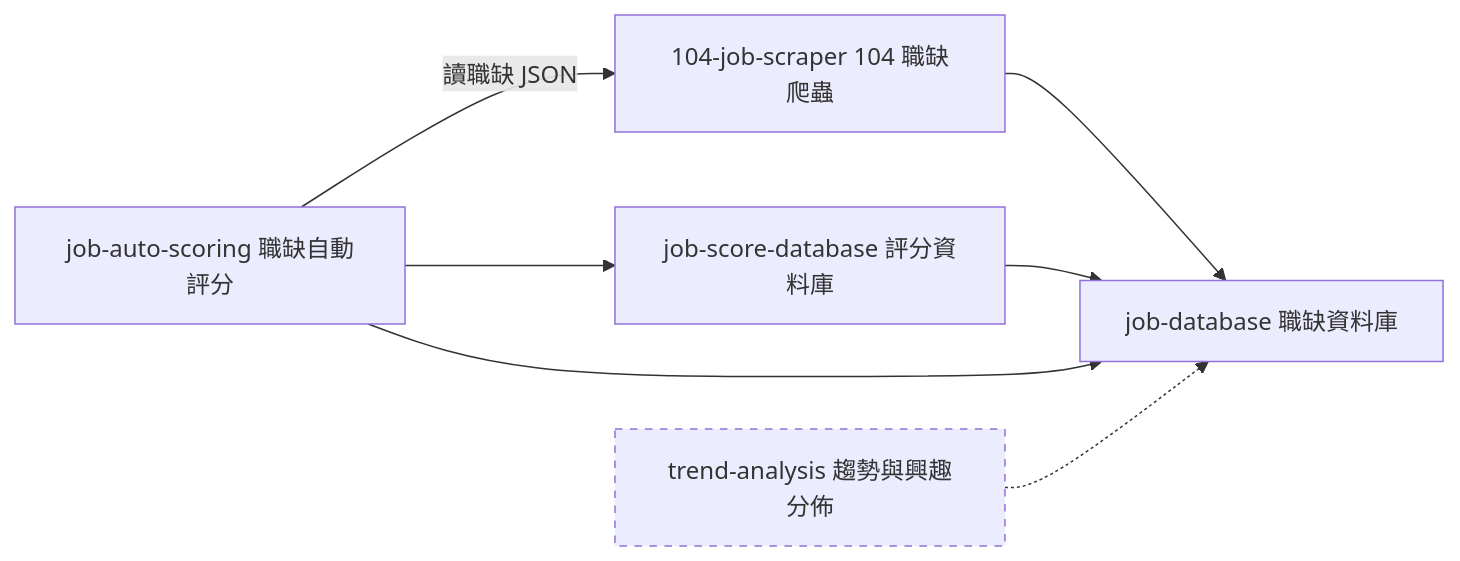
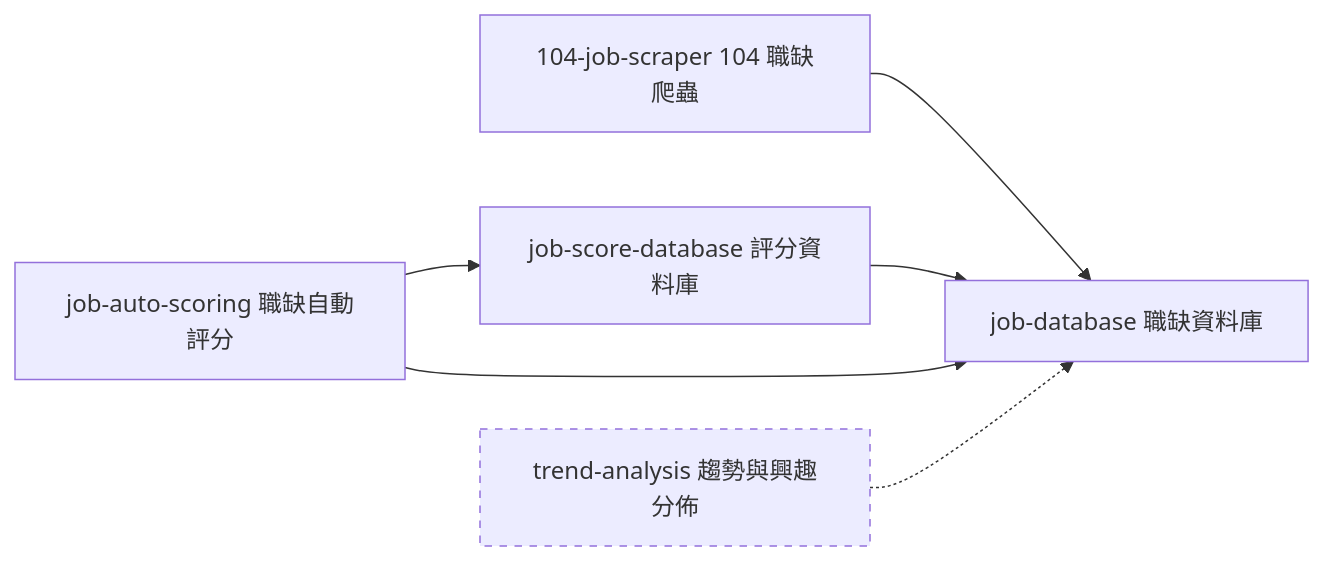
One commit to dlhdb/job-matching changed the second of 2 diagrams in docs/product/overview.md. Above: the diagram before and after it, drawn with Mermaid. The commit also changed other lines of this file and 8 other files, not shown here.

````diff
--- a/docs/product/overview.md
+++ b/docs/product/overview.md
@@ -116,12 +115,11 @@
 ```mermaid
 flowchart LR
     scraper["104-job-scraper 104 職缺爬蟲"] --> db["job-database 職缺資料庫"]
     scoredb["job-score-database 評分資料庫"] --> db
     scoring["job-auto-scoring 職缺自動評分"] --> scoredb
     scoring --> db
-    scoring -->|"讀職缺 JSON"| scraper
     trend["trend-analysis 趨勢與興趣分佈"] -.-> db
 
     classDef planned stroke-dasharray: 5 5
     class trend planned
 ```
````
